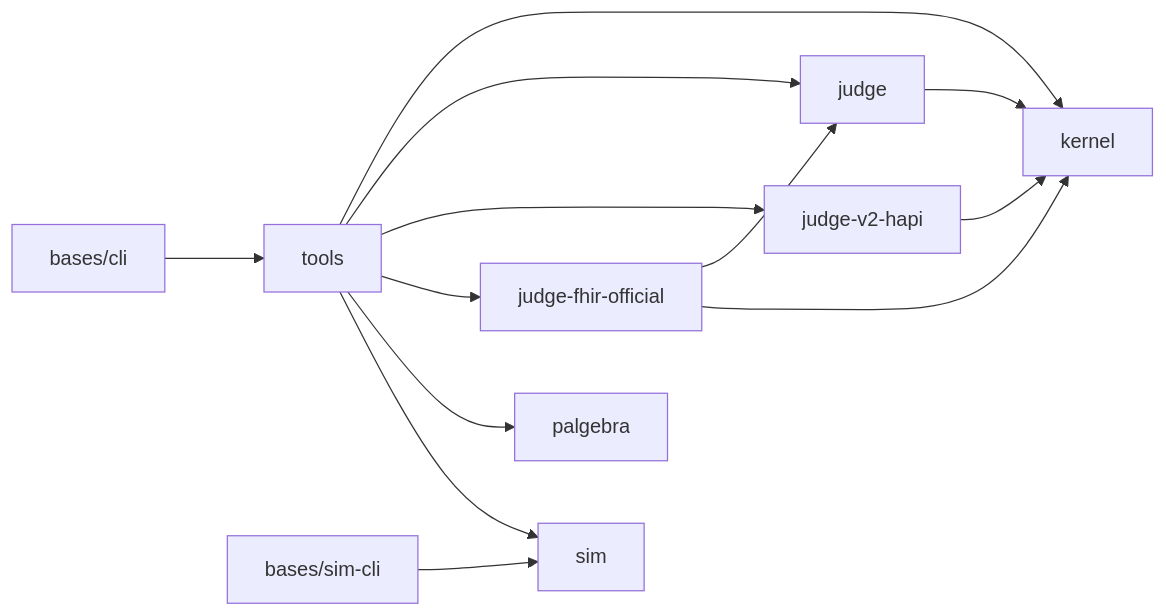
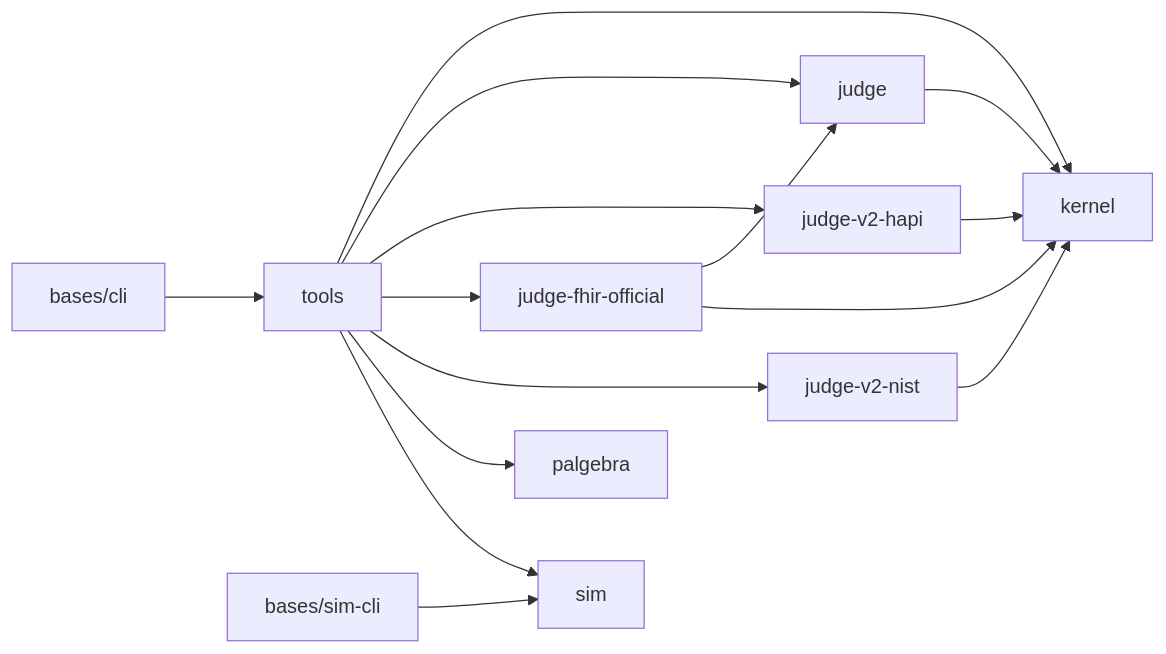
The diagram in docs/dev/architecture.md (pragsmike/ehr-testing-tools), drawn with Mermaid before and after one commit. The commit also changed other lines of this file and 2 other files, not shown here.

Commit message:
docs: AGENTS/architecture structure catch-up -- judge-v2-nist is landed, not future; structure-currency test makes "kept current" mechanical

````diff
--- a/docs/dev/architecture.md
+++ b/docs/dev/architecture.md
@@ -25,25 +25,28 @@
 ```mermaid
 flowchart LR
     kernel[kernel]
     judge[judge]
     judgev2hapi[judge-v2-hapi]
     judgefhirofficial[judge-fhir-official]
+    judgev2nist[judge-v2-nist]
     tools[tools]
     palgebra[palgebra]
     sim[sim]
     cli[bases/cli]
     simcli[bases/sim-cli]
 
     judge --> kernel
     judgev2hapi --> kernel
     judgefhirofficial --> judge
     judgefhirofficial --> kernel
+    judgev2nist --> kernel
     tools --> kernel
     tools --> judge
     tools --> judgev2hapi
     tools --> judgefhirofficial
+    tools --> judgev2nist
     tools --> palgebra
     tools --> sim
     cli --> tools
     simcli --> sim
 ```
````
